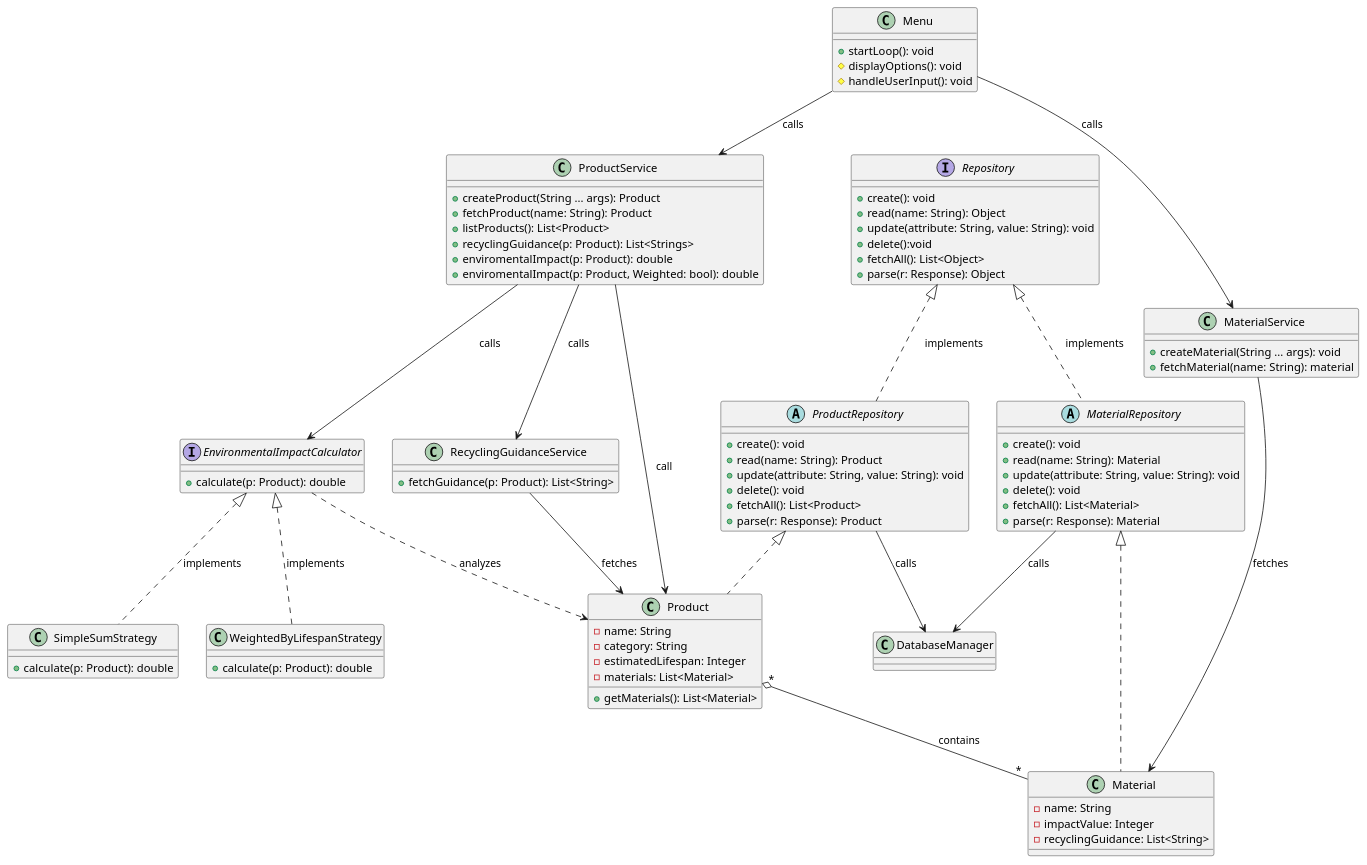
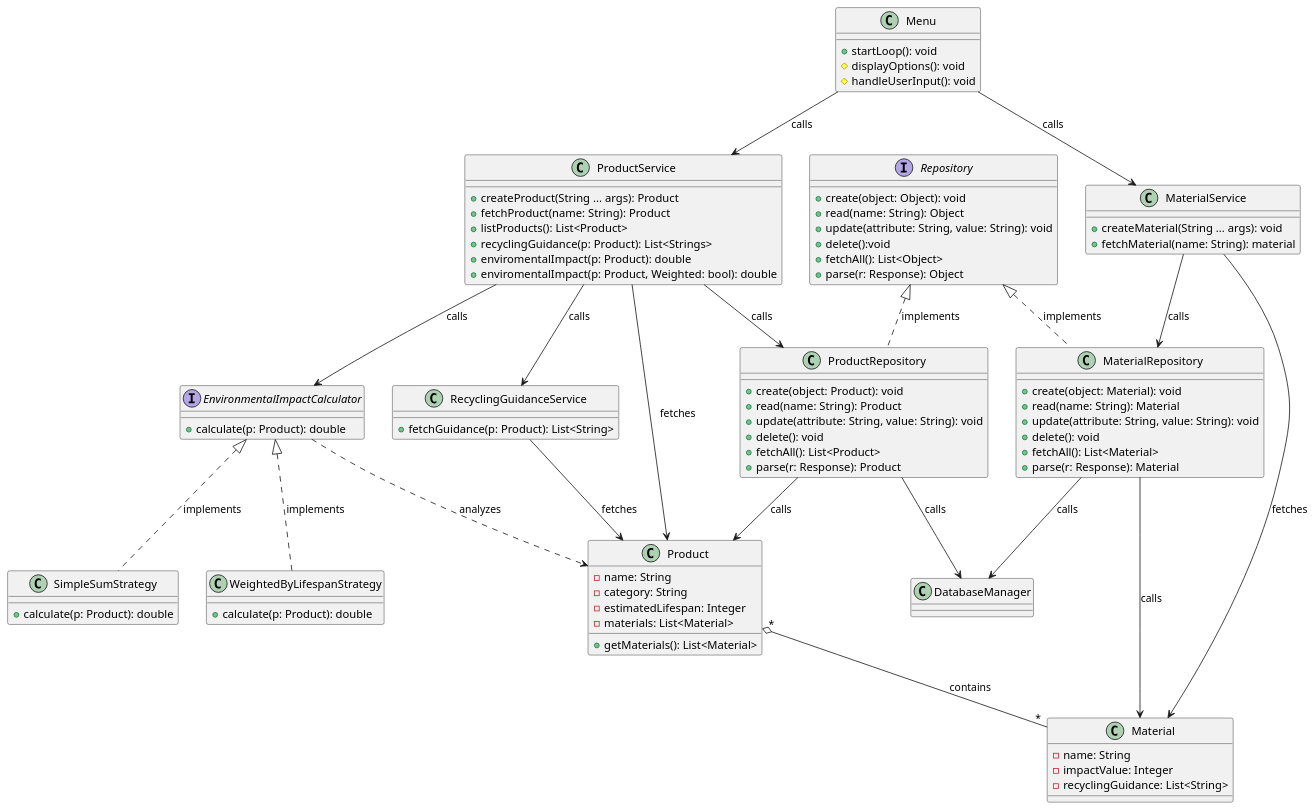
Before and after one commit to flavio-colangelo/ood-project: the diagram in dev-requirements.md, drawn with PlantUML.

Commit message:
Changed the UML diagram to reflect new design

````diff
--- a/dev-requirements.md
+++ b/dev-requirements.md
@@ -125,7 +125,7 @@
   + calculate(p: Product): double
 }
 
-class Product implements ProductRepository{
+class Product {
   - name: String
   - category: String
   - estimatedLifespan: Integer
@@ -133,7 +133,7 @@
   + getMaterials(): List<Material>
 }
 
-class Material implements MaterialRepository{
+class Material{
   - name: String
   - impactValue: Integer
   - recyclingGuidance: List<String>
@@ -144,7 +144,7 @@
 }
 
 interface Repository {
-  + create(): void
+  + create(object: Object): void
   + read(name: String): Object
   + update(attribute: String, value: String): void
   + delete():void
@@ -152,8 +152,8 @@
   + parse(r: Response): Object
 }
 
-abstract class ProductRepository {
-  + create(): void
+class ProductRepository {
+  + create(object: Product): void
   + read(name: String): Product
   + update(attribute: String, value: String): void
   + delete(): void
@@ -161,8 +161,8 @@
   + parse(r: Response): Product
 }
 
-abstract class MaterialRepository {
-  + create(): void
+class MaterialRepository {
+  + create(object: Material): void
   + read(name: String): Material
   + update(attribute: String, value: String): void
   + delete(): void
@@ -178,11 +178,13 @@
 Menu --> ProductService : calls
 Menu --> MaterialService : calls
 
-ProductService --> Product : call
+ProductService --> Product : fetches
 ProductService --> RecyclingGuidanceService : calls
 ProductService --> EnvironmentalImpactCalculator : calls
+ProductService --> ProductRepository: calls
 
 MaterialService --> Material : fetches
+MaterialService --> MaterialRepository: calls
 
 RecyclingGuidanceService --> Product : fetches
 
@@ -197,6 +199,9 @@
 Product "*" o-- "*" Material : contains
 
 MaterialRepository --> DatabaseManager : calls
+MaterialRepository --> Material : calls
+
 ProductRepository --> DatabaseManager : calls
+ProductRepository --> Product : calls
 @enduml
 ```
````
